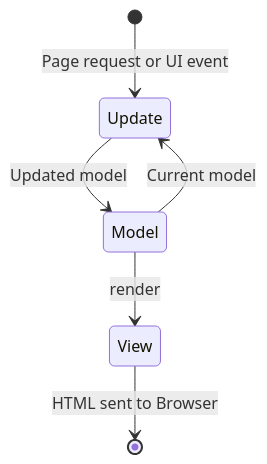
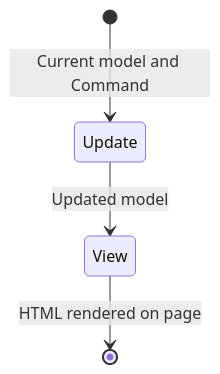
One commit to SAFE-Stack/docs changed the first of 2 diagrams in docs/component-elmish.md. Above: the diagram before and after it, drawn with Mermaid.

Commit message:
Update diagram

````diff
--- a/docs/component-elmish.md
+++ b/docs/component-elmish.md
@@ -9,8 +9,6 @@
 ```mermaid
 stateDiagram-v2
-    [*] --> Update : Page request or UI event
-    Model --> View : render
-    Model --> Update : Current model
-    Update --> Model : Updated model
-    View --> [*] : HTML sent to Browser
+    [*] --> Update : Current model and Command
+    Update --> View : Updated model
+    View --> [*] : HTML rendered on page
 ```
````
